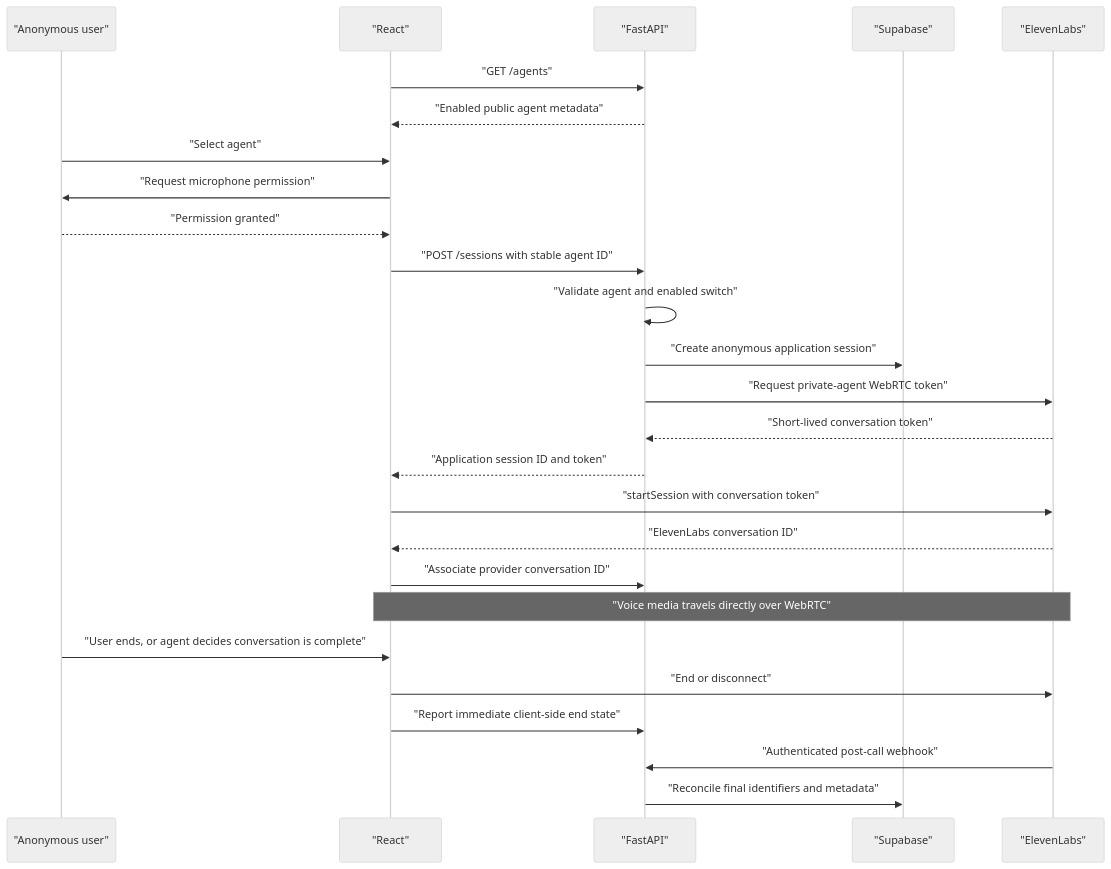
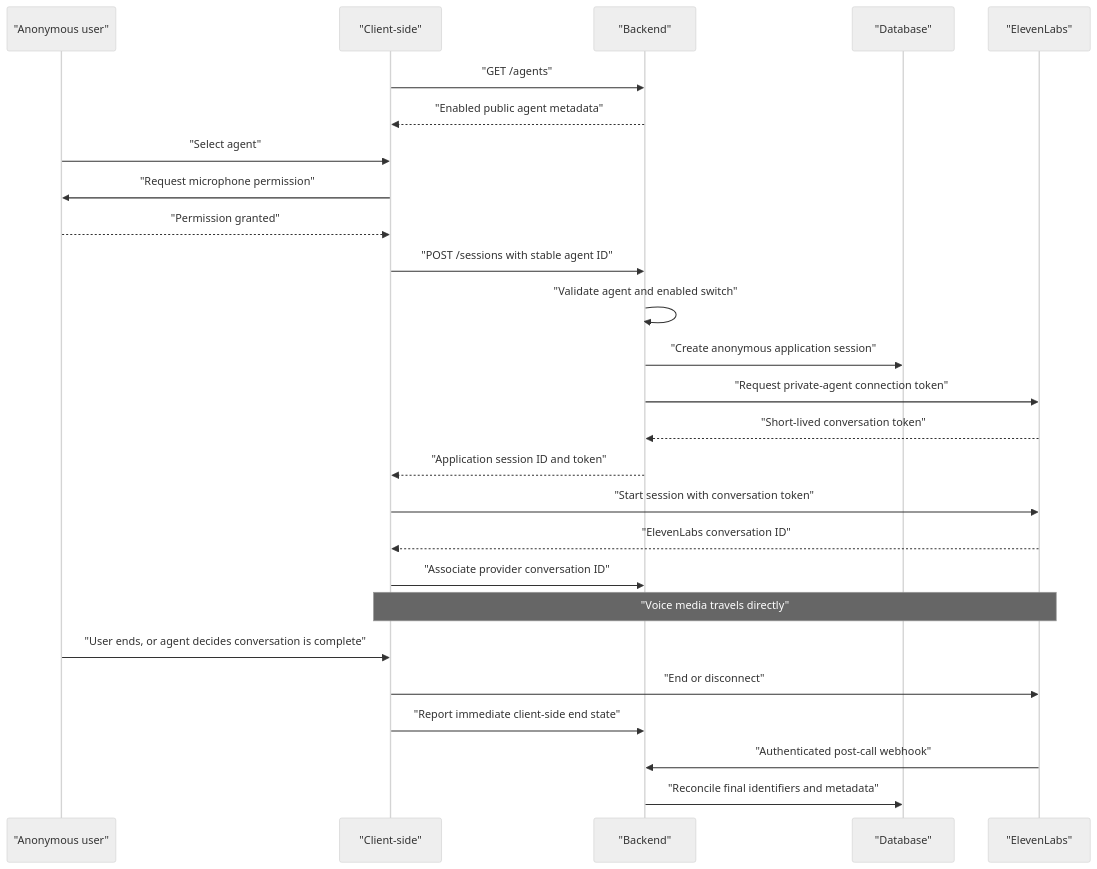
One commit to yahyabedirhan/voice-agent changed the second of 2 diagrams in docs/architecture/v1-platform-foundation.md. Above: the diagram before and after it, drawn with Mermaid (neutral theme). The commit also changed other lines of this file and 5 other files, not shown here.

````diff
--- a/docs/architecture/v1-platform-foundation.md
+++ b/docs/architecture/v1-platform-foundation.md
@@ -139,35 +139,35 @@
 ```mermaid
 sequenceDiagram
     participant U as "Anonymous user"
-    participant R as "React"
-    participant F as "FastAPI"
-    participant S as "Supabase"
+    participant C as "Client-side"
+    participant B as "Backend"
+    participant DB as "Database"
     participant E as "ElevenLabs"
 
-    R->>F: "GET /agents"
-    F-->>R: "Enabled public agent metadata"
+    C->>B: "GET /agents"
+    B-->>C: "Enabled public agent metadata"
 
-    U->>R: "Select agent"
-    R->>U: "Request microphone permission"
-    U-->>R: "Permission granted"
+    U->>C: "Select agent"
+    C->>U: "Request microphone permission"
+    U-->>C: "Permission granted"
 
-    R->>F: "POST /sessions with stable agent ID"
-    F->>F: "Validate agent and enabled switch"
-    F->>S: "Create anonymous application session"
-    F->>E: "Request private-agent WebRTC token"
-    E-->>F: "Short-lived conversation token"
-    F-->>R: "Application session ID and token"
+    C->>B: "POST /sessions with stable agent ID"
+    B->>B: "Validate agent and enabled switch"
+    B->>DB: "Create anonymous application session"
+    B->>E: "Request private-agent connection token"
+    E-->>B: "Short-lived conversation token"
+    B-->>C: "Application session ID and token"
 
-    R->>E: "startSession with conversation token"
-    E-->>R: "ElevenLabs conversation ID"
-    R->>F: "Associate provider conversation ID"
+    C->>E: "Start session with conversation token"
+    E-->>C: "ElevenLabs conversation ID"
+    C->>B: "Associate provider conversation ID"
 
-    Note over R,E: "Voice media travels directly over WebRTC"
+    Note over C,E: "Voice media travels directly"
 
-    U->>R: "User ends, or agent decides conversation is complete"
-    R->>E: "End or disconnect"
-    R->>F: "Report immediate client-side end state"
+    U->>C: "User ends, or agent decides conversation is complete"
+    C->>E: "End or disconnect"
+    C->>B: "Report immediate client-side end state"
 
-    E->>F: "Authenticated post-call webhook"
-    F->>S: "Reconcile final identifiers and metadata"
+    E->>B: "Authenticated post-call webhook"
+    B->>DB: "Reconcile final identifiers and metadata"
 ```
````
